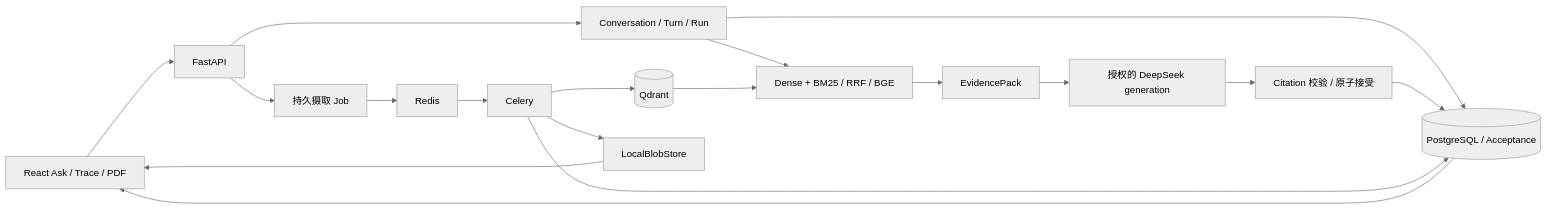
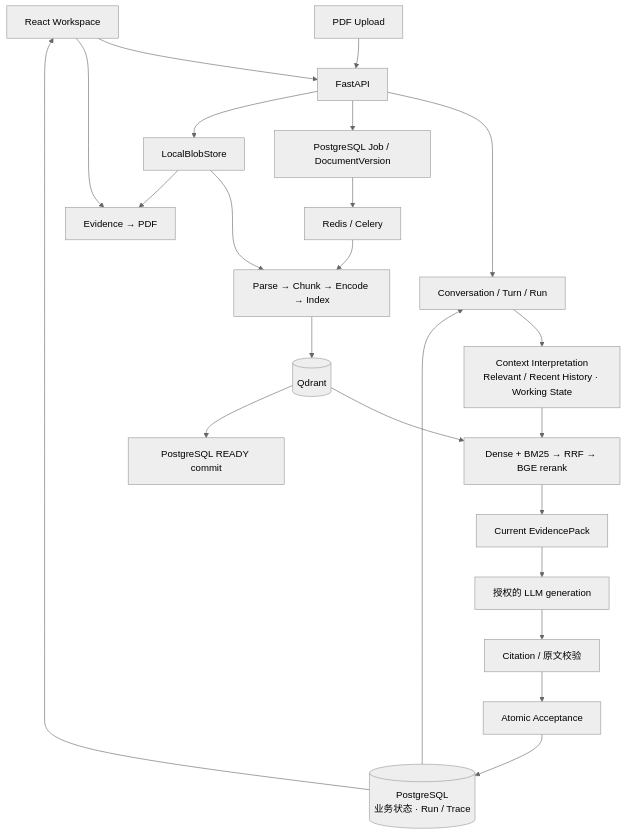
The diagram in README.md (BillZhao626/CiteWeave), drawn with Mermaid (neutral theme) before and after one commit. The commit also changed other lines of this file and 17 other files, not shown here.

````diff
--- a/README.md
+++ b/README.md
@@ -28,20 +28,25 @@
 ```mermaid
-flowchart LR
-    UI[React Ask / Trace / PDF] --> API[FastAPI]
-    API --> Runtime[Conversation / Turn / Run]
-    Runtime --> PG[(PostgreSQL / Acceptance)]
-    Runtime --> Retrieval[Dense + BM25 / RRF / BGE]
+flowchart TB
+    UI[React Workspace] --> API[FastAPI]
+    API --> Run[Conversation / Turn / Run]
+    Run --> Context[Context Interpretation<br/>Relevant / Recent History · Working State]
+    Context --> Retrieval[Dense + BM25 → RRF → BGE rerank]
     QD[(Qdrant)] --> Retrieval
-    Retrieval --> Pack[EvidencePack]
-    Pack --> Generation[授权的 DeepSeek generation]
-    Generation --> Validate[Citation 校验 / 原子接受]
-    Validate --> PG
+    Retrieval --> Pack[Current EvidencePack]
+    Pack --> LLM[授权的 LLM generation]
+    LLM --> Validate[Citation / 原文校验]
+    Validate --> Accept[Atomic Acceptance]
+    Accept --> PG[(PostgreSQL<br/>业务状态 · Run / Trace)]
+    PG --> Run
     PG --> UI
-    API --> Jobs[持久摄取 Job]
-    Jobs --> Redis[Redis]
-    Redis --> Worker[Celery]
-    Worker --> PG
-    Worker --> QD
-    Worker --> Blob[LocalBlobStore]
-    Blob --> UI
+    Upload[PDF Upload] --> API
+    API --> Job[PostgreSQL Job / DocumentVersion]
+    API --> Blob[LocalBlobStore]
+    Job --> Broker[Redis / Celery]
+    Broker --> Ingest[Parse → Chunk → Encode → Index]
+    Blob --> Ingest
+    Ingest --> QD
+    QD --> Ready[PostgreSQL READY commit]
+    Blob --> PDF[Evidence → PDF]
+    UI --> PDF
 ```
````
